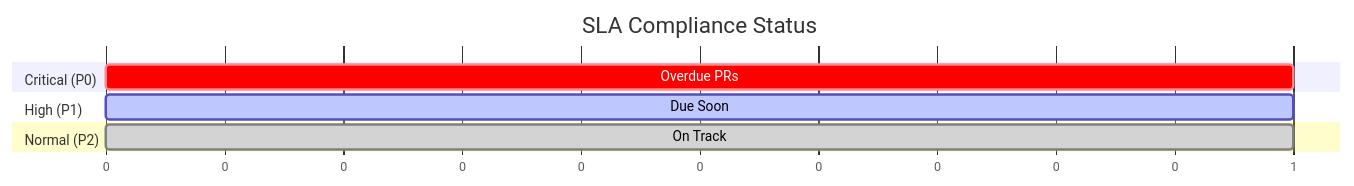
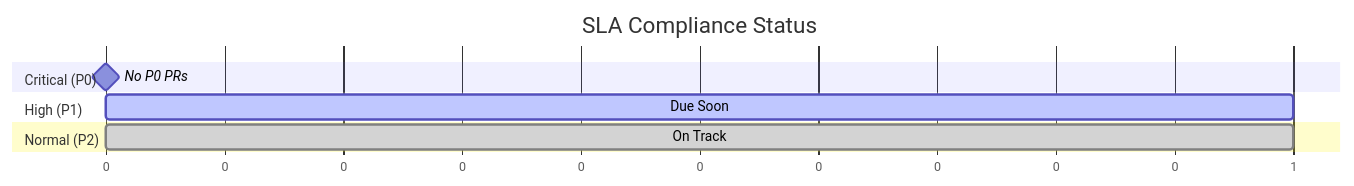
Before and after one commit to Nitsur10/invoice-dashboard-deploy: the fourth of 4 diagrams in docs/tracker.md, drawn with Mermaid. The commit also changed other lines of this file and 1 other file, not shown here.

First line of the commit message:
chore(tracker): update portfolio dashboard - 2 PRs, 5 issues

````diff
--- a/docs/tracker.md
+++ b/docs/tracker.md
@@ -50,15 +50,15 @@
 ```mermaid
 gantt
     title SLA Compliance Status
     dateFormat X
     axisFormat %s
 
     section Critical (P0)
-    Overdue PRs     :crit, 0, 1
+    No P0 PRs      :milestone, 0, 0
 
     section High (P1)
     Due Soon       :active, 0, 1
 
     section Normal (P2)
     On Track       :done, 0, 1
 ```
````
